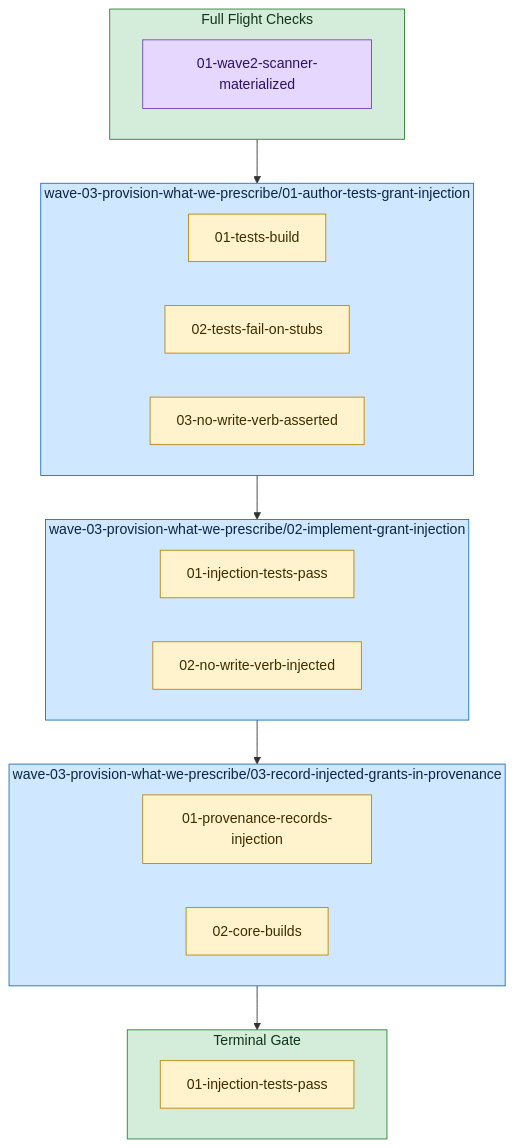
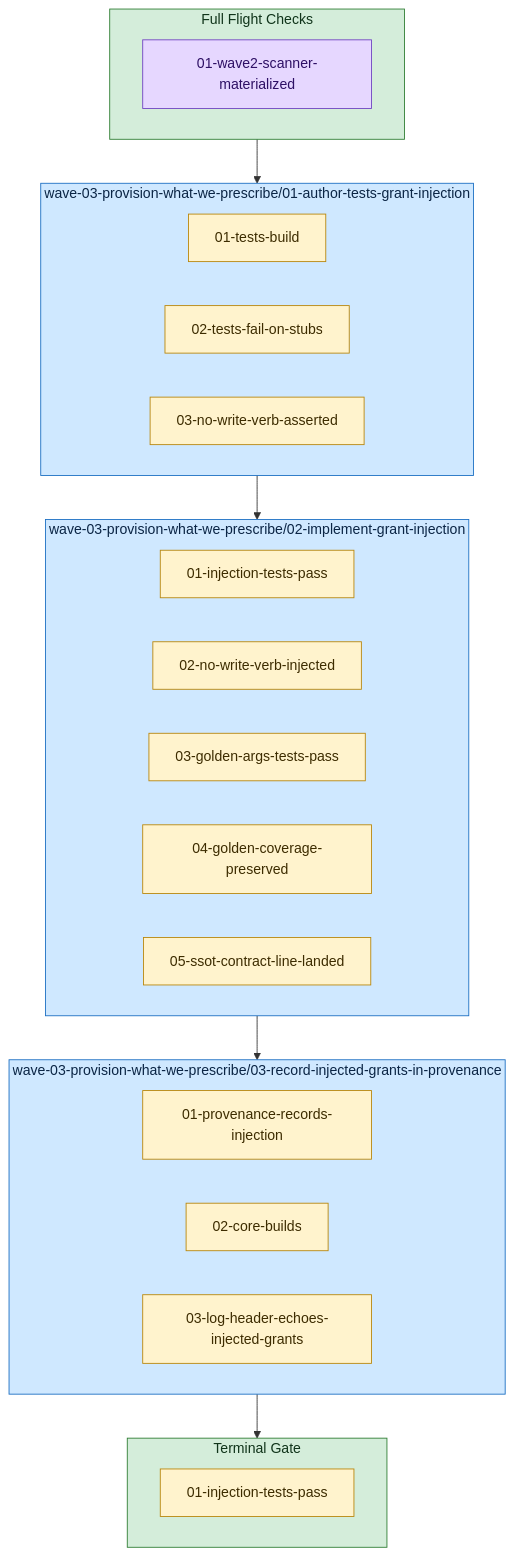
The diagram in docs/plans/salvage-advice-provisioning/wave-03-provision-what-we-prescribe/diagram.md (Servant-Software-LLC/Guardrails), drawn with Mermaid before and after one commit. The commit also changed other lines of this file and 2 other files, not shown here.

Commit message:
plan(salvage-advice-provisioning): regenerate wave-03/wave-04 diagrams after the green run

````diff
--- a/docs/plans/salvage-advice-provisioning/wave-03-provision-what-we-prescribe/diagram.md
+++ b/docs/plans/salvage-advice-provisioning/wave-03-provision-what-we-prescribe/diagram.md
@@ -3,33 +3,37 @@
 ```mermaid
 flowchart TD
   subgraph plan_preflights["Full Flight Checks"]
     plan_preflights_0["01-wave2-scanner-materialized"]:::preflight
   end
   style plan_preflights fill:#d4edda,stroke:#2e7d32,color:#10341a;
   subgraph task_wave_03_provision_what_we_prescribe_01_author_tests_grant_injection["wave-03-provision-what-we-prescribe/01-author-tests-grant-injection"]
     task_wave_03_provision_what_we_prescribe_01_author_tests_grant_injection_gr_0["01-tests-build"]:::guardrail
     task_wave_03_provision_what_we_prescribe_01_author_tests_grant_injection_gr_1["02-tests-fail-on-stubs"]:::guardrail
     task_wave_03_provision_what_we_prescribe_01_author_tests_grant_injection_gr_2["03-no-write-verb-asserted"]:::guardrail
   end
   style task_wave_03_provision_what_we_prescribe_01_author_tests_grant_injection fill:#cfe8ff,stroke:#1b6ec2,color:#0b2545;
   subgraph task_wave_03_provision_what_we_prescribe_02_implement_grant_injection["wave-03-provision-what-we-prescribe/02-implement-grant-injection"]
     task_wave_03_provision_what_we_prescribe_02_implement_grant_injection_gr_0["01-injection-tests-pass"]:::guardrail
     task_wave_03_provision_what_we_prescribe_02_implement_grant_injection_gr_1["02-no-write-verb-injected"]:::guardrail
+    task_wave_03_provision_what_we_prescribe_02_implement_grant_injection_gr_2["03-golden-args-tests-pass"]:::guardrail
+    task_wave_03_provision_what_we_prescribe_02_implement_grant_injection_gr_3["04-golden-coverage-preserved"]:::guardrail
+    task_wave_03_provision_what_we_prescribe_02_implement_grant_injection_gr_4["05-ssot-contract-line-landed"]:::guardrail
   end
   style task_wave_03_provision_what_we_prescribe_02_implement_grant_injection fill:#cfe8ff,stroke:#1b6ec2,color:#0b2545;
   subgraph task_wave_03_provision_what_we_prescribe_03_record_injected_grants_in_provenance["wave-03-provision-what-we-prescribe/03-record-injected-grants-in-provenance"]
     task_wave_03_provision_what_we_prescribe_03_record_injected_grants_in_provenance_gr_0["01-provenance-records-injection"]:::guardrail
     task_wave_03_provision_what_we_prescribe_03_record_injected_grants_in_provenance_gr_1["02-core-builds"]:::guardrail
+    task_wave_03_provision_what_we_prescribe_03_record_injected_grants_in_provenance_gr_2["03-log-header-echoes-injected-grants"]:::guardrail
   end
   style task_wave_03_provision_what_we_prescribe_03_record_injected_grants_in_provenance fill:#cfe8ff,stroke:#1b6ec2,color:#0b2545;
   subgraph plan_guardrails["Terminal Gate"]
     plan_guardrails_0["01-injection-tests-pass"]:::guardrail
   end
   style plan_guardrails fill:#d4edda,stroke:#2e7d32,color:#10341a;
   plan_preflights --> task_wave_03_provision_what_we_prescribe_01_author_tests_grant_injection
   task_wave_03_provision_what_we_prescribe_01_author_tests_grant_injection --> task_wave_03_provision_what_we_prescribe_02_implement_grant_injection
   task_wave_03_provision_what_we_prescribe_02_implement_grant_injection --> task_wave_03_provision_what_we_prescribe_03_record_injected_grants_in_provenance
   task_wave_03_provision_what_we_prescribe_03_record_injected_grants_in_provenance --> plan_guardrails
   classDef preflight fill:#e6d7ff,stroke:#6f42c1,color:#2e1065;
   classDef guardrail fill:#fff3cd,stroke:#b8860b,color:#3d2c00;
 ```
````
